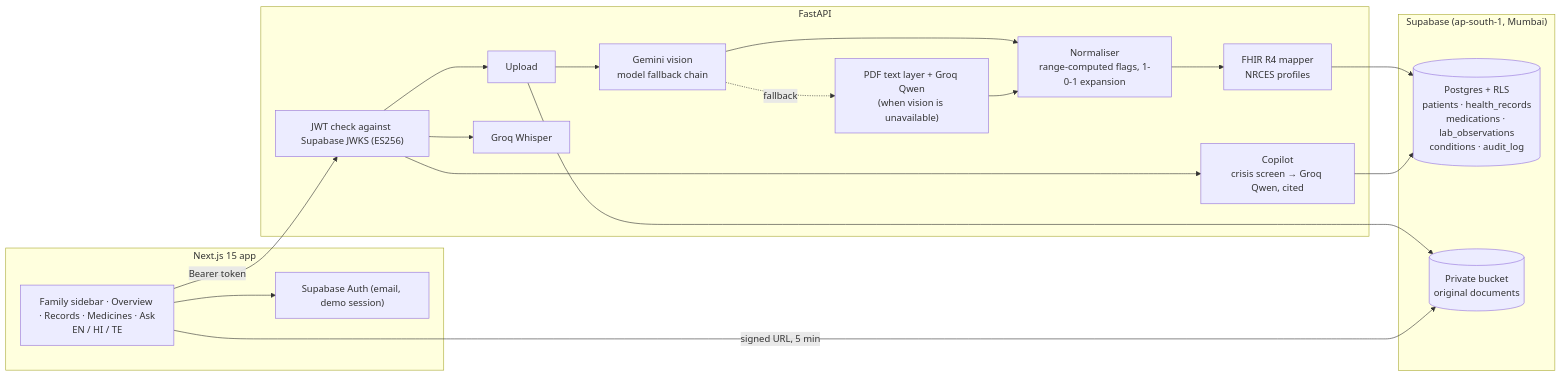
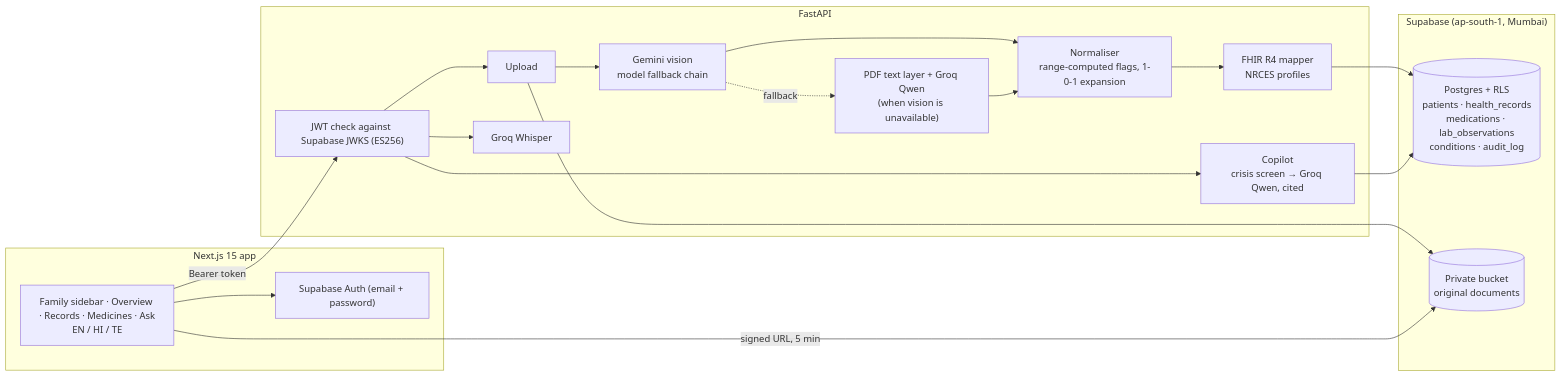
One commit to Amith-Gupta/Personal-Health-Copilot changed the diagram in README.md. Above: the diagram before and after it, drawn with Mermaid. The commit also changed other lines of this file and 4 other files, not shown here.

````diff
--- a/README.md
+++ b/README.md
@@ -20,32 +20,32 @@
 ```mermaid
 flowchart LR
   subgraph Browser["Next.js 15 app"]
     UI["Family sidebar · Overview · Records · Medicines · Ask\nEN / HI / TE"]
-    SBJS["Supabase Auth (email, demo session)"]
+    SBJS["Supabase Auth (email + password)"]
   end
 
   subgraph API["FastAPI"]
     AUTH["JWT check against Supabase JWKS (ES256)"]
     ING["Upload"]
     OCR["Gemini vision\nmodel fallback chain"]
     PDF["PDF text layer + Groq Qwen\n(when vision is unavailable)"]
     NORM["Normaliser\nrange-computed flags, 1-0-1 expansion"]
     FHIR["FHIR R4 mapper\nNRCES profiles"]
     QA["Copilot\ncrisis screen → Groq Qwen, cited"]
     VOICE["Groq Whisper"]
   end
 
   subgraph Supabase["Supabase (ap-south-1, Mumbai)"]
     PG[("Postgres + RLS\npatients · health_records\nmedications · lab_observations\nconditions · audit_log")]
     ST[("Private bucket\noriginal documents")]
   end
 
   UI --> SBJS
   UI -- "Bearer token" --> AUTH
   AUTH --> ING --> OCR --> NORM --> FHIR --> PG
   OCR -. fallback .-> PDF --> NORM
   ING --> ST
   AUTH --> QA --> PG
   AUTH --> VOICE
   UI -- "signed URL, 5 min" --> ST
 ```
````
